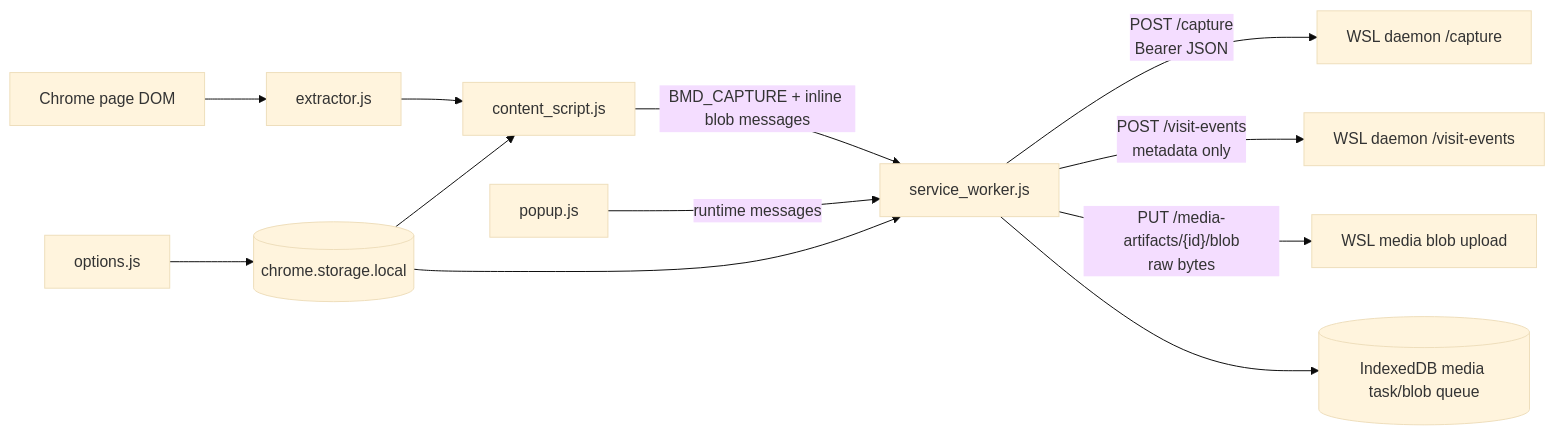
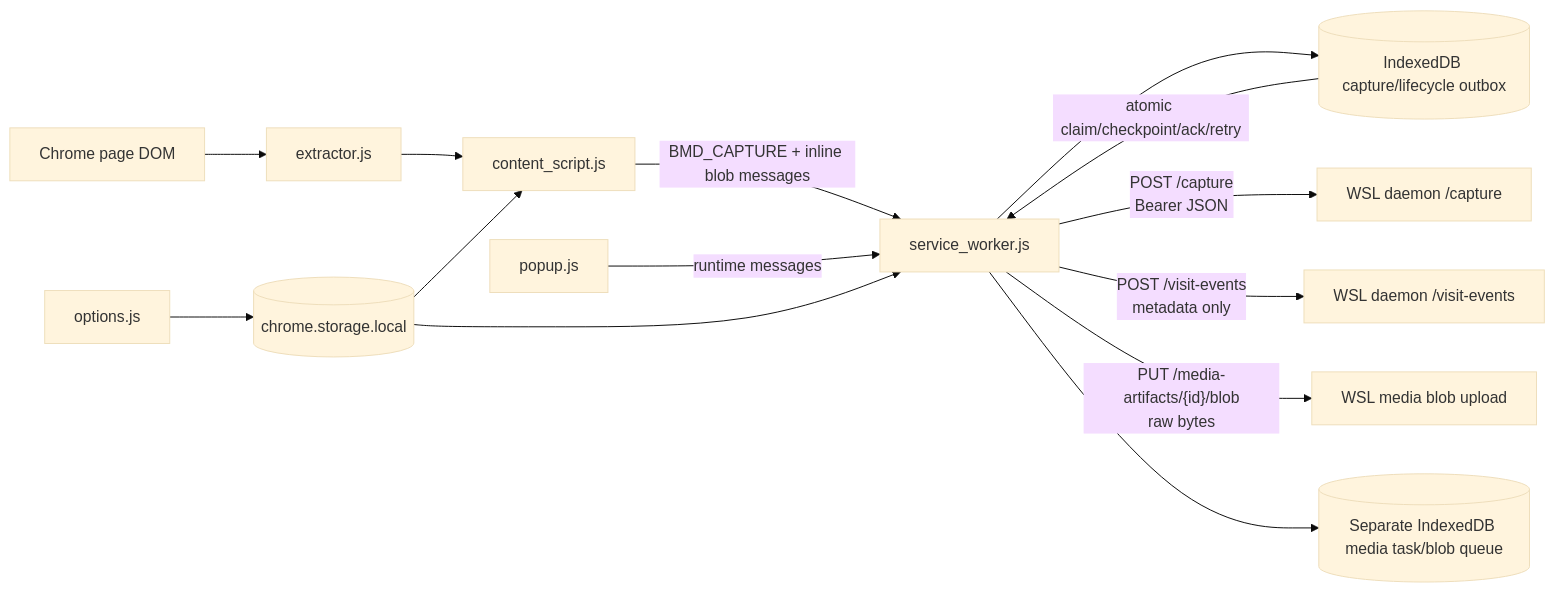
The first of 8 diagrams in docs/DIAGRAMS.md (michaelnicks0/browser-memory-daemon), drawn with Mermaid (base theme) before and after one commit. The commit also changed other lines of this file and 194 other files, not shown here.

Commit message:
feat(extension): add transactional capture and lifecycle outbox

````diff
--- a/docs/DIAGRAMS.md
+++ b/docs/DIAGRAMS.md
@@ -28,14 +28,16 @@
 ```mermaid
 flowchart LR
   Page["Chrome page DOM"] --> Extractor["extractor.js"]
   Extractor --> Content["content_script.js"]
   Content -->|"BMD_CAPTURE + inline blob messages"| ServiceWorker["service_worker.js"]
+  ServiceWorker --> Outbox[("IndexedDB capture/lifecycle outbox")]
+  Outbox -->|"atomic claim/checkpoint/ack/retry"| ServiceWorker
   ServiceWorker -->|"POST /capture<br/>Bearer JSON"| DaemonCapture["WSL daemon /capture"]
   ServiceWorker -->|"POST /visit-events<br/>metadata only"| DaemonVisit["WSL daemon /visit-events"]
   ServiceWorker -->|"PUT /media-artifacts/{id}/blob<br/>raw bytes"| DaemonMedia["WSL media blob upload"]
-  ServiceWorker --> IDB[("IndexedDB media task/blob queue")]
+  ServiceWorker --> MediaIDB[("Separate IndexedDB media task/blob queue")]
   Popup["popup.js"] -->|"runtime messages"| ServiceWorker
   Options["options.js"] --> Storage[("chrome.storage.local")]
   Storage --> Content
   Storage --> ServiceWorker
 ```
````
